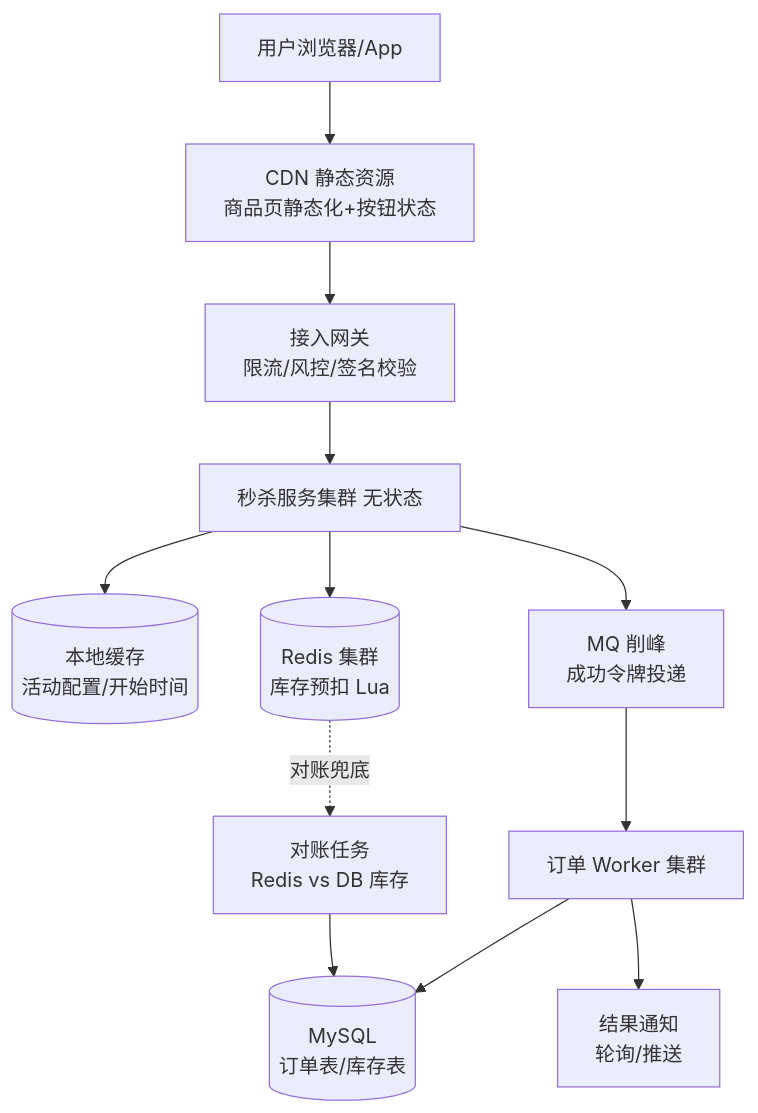
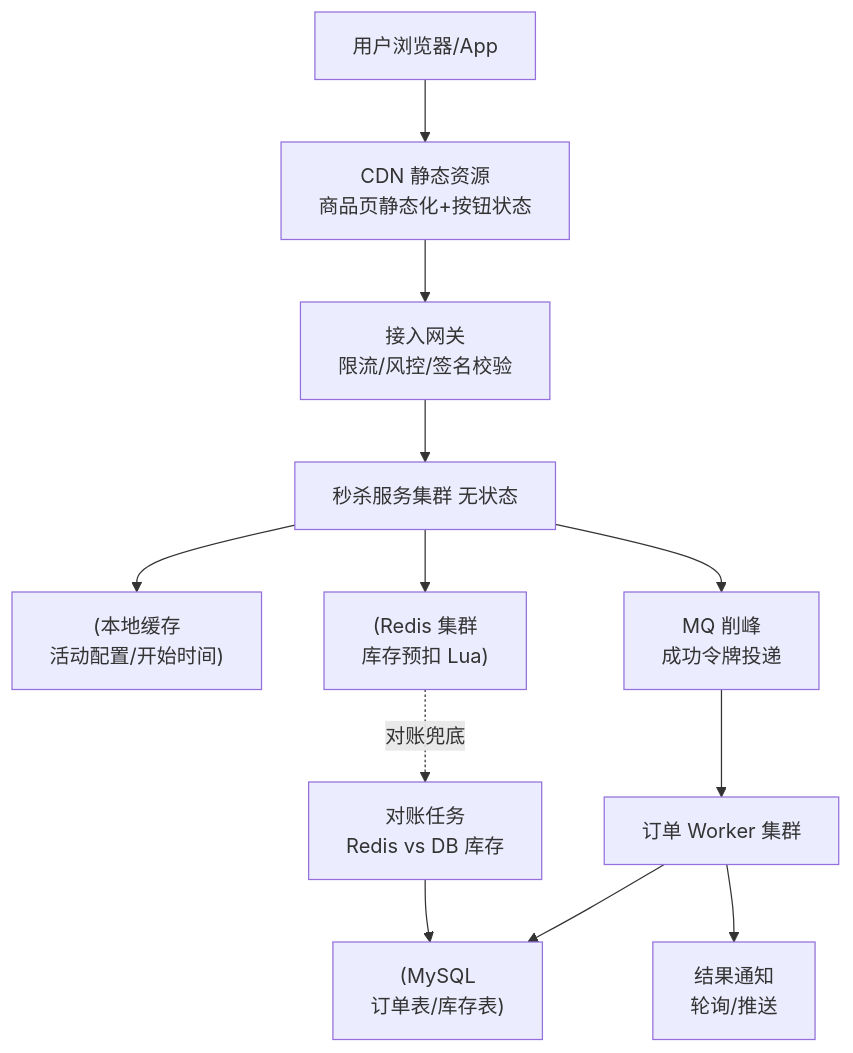
Before and after one commit to regding/java-interview-prep: the first of 7 diagrams in 19-system-design-cases-1.md, drawn with Mermaid. The commit also changed other lines of this file and 20 other files, not shown here.

First line of the commit message:
fix: 全库 mermaid 中文节点标签统一加引号

````diff
--- a/19-system-design-cases-1.md
+++ b/19-system-design-cases-1.md
@@ -63,14 +63,14 @@
 ```mermaid
 flowchart TD
-    U[用户浏览器/App] --> CDN[CDN 静态资源<br/>商品页静态化+按钮状态]
-    CDN --> GW[接入网关<br/>限流/风控/签名校验]
-    GW --> SK[秒杀服务集群 无状态]
-    SK --> LC[(本地缓存<br/>活动配置/开始时间)]
-    SK --> RD[(Redis 集群<br/>库存预扣 Lua)]
-    SK --> MQ[MQ 削峰<br/>成功令牌投递]
-    MQ --> OW[订单 Worker 集群]
-    OW --> DB[(MySQL<br/>订单表/库存表)]
-    OW --> NOTIFY[结果通知<br/>轮询/推送]
-    RD -. 对账兜底 .-> JOB[对账任务<br/>Redis vs DB 库存]
+    U["用户浏览器/App"] --> CDN["CDN 静态资源<br/>商品页静态化+按钮状态"]
+    CDN --> GW["接入网关<br/>限流/风控/签名校验"]
+    GW --> SK["秒杀服务集群 无状态"]
+    SK --> LC["(本地缓存<br/>活动配置/开始时间)"]
+    SK --> RD["(Redis 集群<br/>库存预扣 Lua)"]
+    SK --> MQ["MQ 削峰<br/>成功令牌投递"]
+    MQ --> OW["订单 Worker 集群"]
+    OW --> DB["(MySQL<br/>订单表/库存表)"]
+    OW --> NOTIFY["结果通知<br/>轮询/推送"]
+    RD -. 对账兜底 .-> JOB["对账任务<br/>Redis vs DB 库存"]
     JOB --> DB
 ```
````
